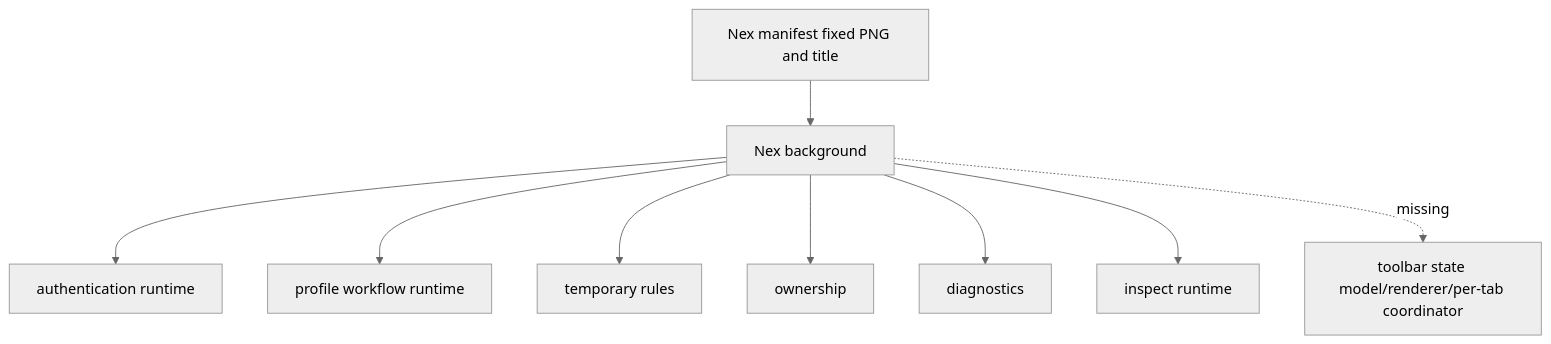
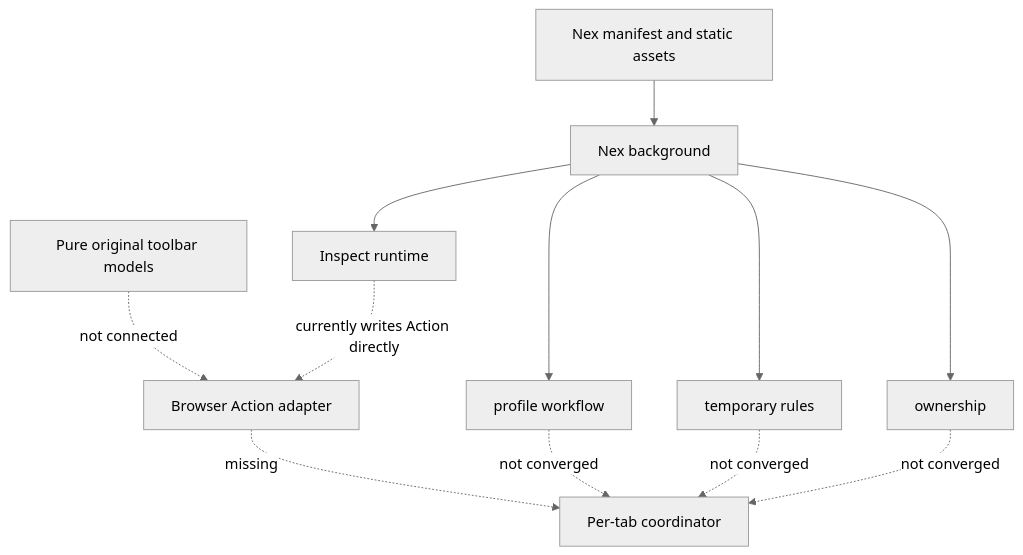
One commit to ChriX-Goh/ZeroOmega-Nex changed the second of 2 diagrams in docs/DELIVERY_ORDER_01_TOOLBAR_STATE.md. Above: the diagram before and after it, drawn with Mermaid (neutral theme). The commit also changed other lines of this file, not shown here.

Commit message:
docs: realign toolbar delivery order with runtime evidence

````diff
--- a/docs/DELIVERY_ORDER_01_TOOLBAR_STATE.md
+++ b/docs/DELIVERY_ORDER_01_TOOLBAR_STATE.md
@@ -126,11 +111,14 @@
 ```mermaid
 graph TD
-  M[Nex manifest fixed PNG and title] --> B[Nex background]
-  B --> AUTH[authentication runtime]
-  B --> WF[profile workflow runtime]
+  M[Nex manifest and static assets] --> B[Nex background]
+  B --> WF[profile workflow]
   B --> TEMP[temporary rules]
   B --> OWN[ownership]
-  B --> DIAG[diagnostics]
-  B --> INSPECT[inspect runtime]
-  B -. missing .-> TOOLBAR[toolbar state model/renderer/per-tab coordinator]
+  B --> INSPECT[Inspect runtime]
+  PURE[Pure original toolbar models] -. not connected .-> ACTION[Browser Action adapter]
+  ACTION -. missing .-> COORD[Per-tab coordinator]
+  WF -. not converged .-> COORD
+  TEMP -. not converged .-> COORD
+  OWN -. not converged .-> COORD
+  INSPECT -. currently writes Action directly .-> ACTION
 ```
````
